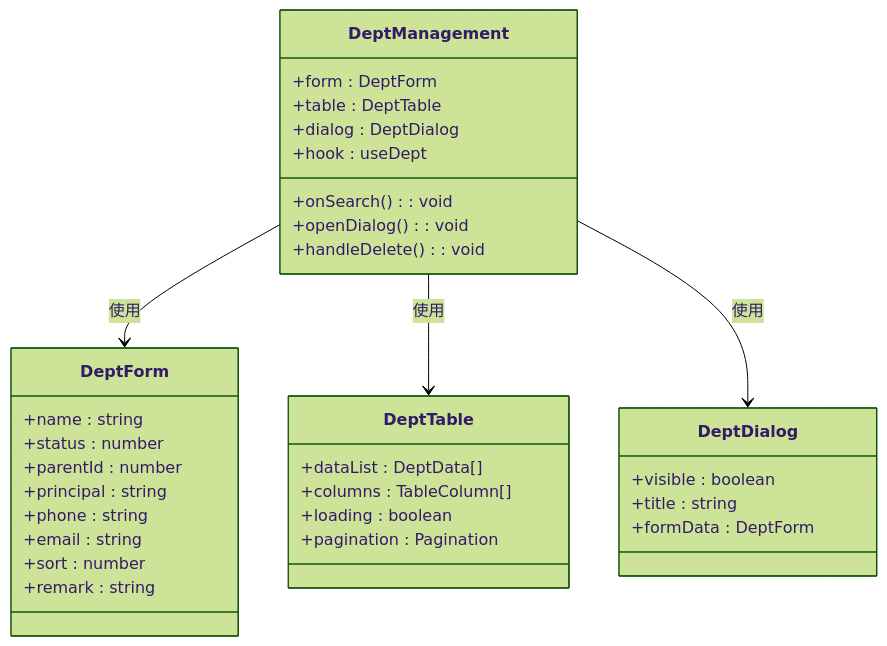
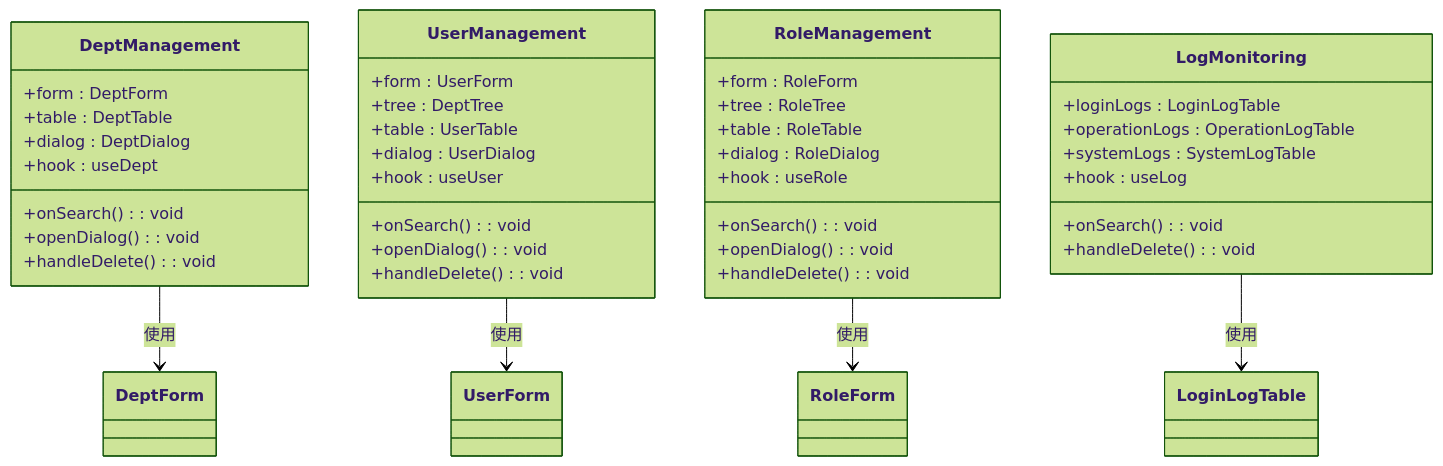
One commit to taoweidong/Hello-FastApi changed diagram 13 of 16 in .qoder/repowiki/zh/content/核心模块/系统管理模块.md. Above: the diagram before and after it, drawn with Mermaid (forest theme). The commit also changed other lines of this file and 9 other files, not shown here.

````diff
--- a/.qoder/repowiki/zh/content/核心模块/系统管理模块.md
+++ b/.qoder/repowiki/zh/content/核心模块/系统管理模块.md
@@ -567,36 +798,44 @@
 ```mermaid
 classDiagram
 class DeptManagement {
 +form : DeptForm
 +table : DeptTable
 +dialog : DeptDialog
 +hook : useDept
 +onSearch() : void
 +openDialog() : void
 +handleDelete() : void
 }
-class DeptForm {
-+name : string
-+status : number
-+parentId : number
-+principal : string
-+phone : string
-+email : string
-+sort : number
-+remark : string
+class UserManagement {
++form : UserForm
++tree : DeptTree
++table : UserTable
++dialog : UserDialog
++hook : useUser
++onSearch() : void
++openDialog() : void
++handleDelete() : void
 }
-class DeptTable {
-+dataList : DeptData[]
-+columns : TableColumn[]
-+loading : boolean
-+pagination : Pagination
+class RoleManagement {
++form : RoleForm
++tree : RoleTree
++table : RoleTable
++dialog : RoleDialog
++hook : useRole
++onSearch() : void
++openDialog() : void
++handleDelete() : void
 }
-class DeptDialog {
-+visible : boolean
-+title : string
-+formData : DeptForm
+class LogMonitoring {
++loginLogs : LoginLogTable
++operationLogs : OperationLogTable
++systemLogs : SystemLogTable
++hook : useLog
++onSearch() : void
++handleDelete() : void
 }
 DeptManagement --> DeptForm : 使用
-DeptManagement --> DeptTable : 使用
-DeptManagement --> DeptDialog : 使用
+UserManagement --> UserForm : 使用
+RoleManagement --> RoleForm : 使用
+LogMonitoring --> LoginLogTable : 使用
 ```
````
